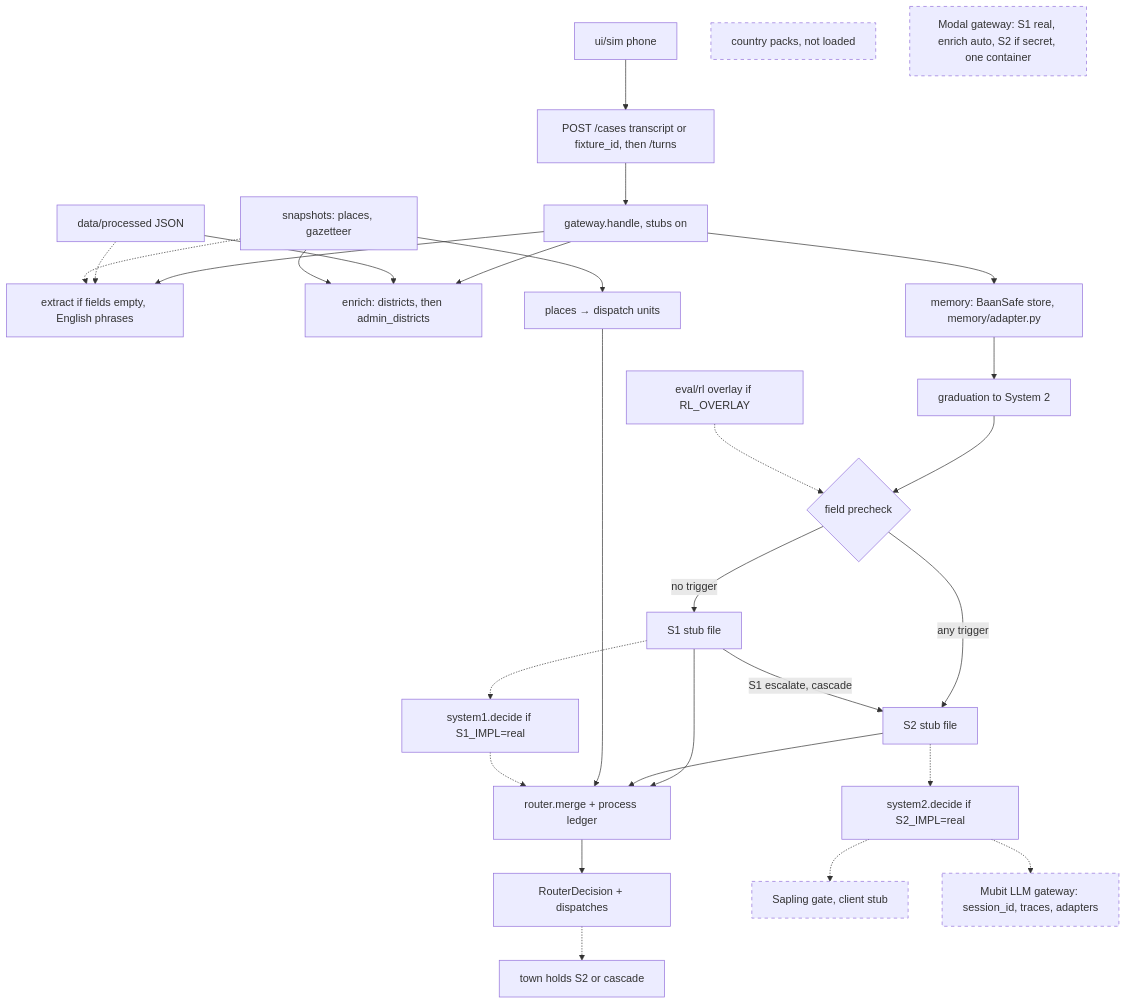
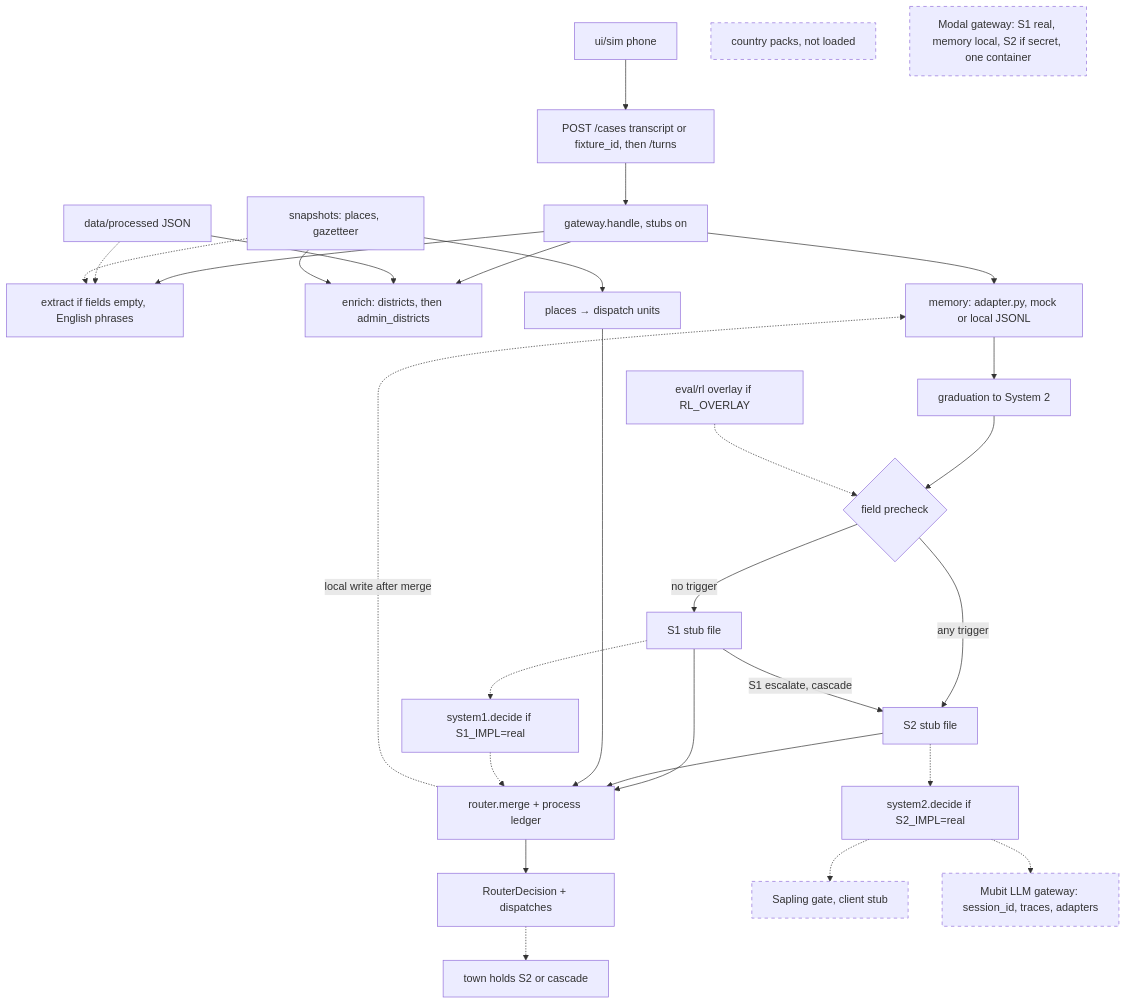
One commit to melaniepreen/Baan-Safe changed the first of 3 diagrams in BaanSafe_Revised_Architecture.md. Above: the diagram before and after it, drawn with Mermaid. The commit also changed other lines of this file and 2 other files, not shown here.

First line of the commit message:
docs: refresh architecture diagram (493855e)

````diff
--- a/BaanSafe_Revised_Architecture.md
+++ b/BaanSafe_Revised_Architecture.md
@@ -20,32 +20,33 @@
 ```mermaid
 flowchart TD
   classDef unwired stroke-dasharray: 5 5
   phone["ui/sim phone"] --> turns["POST /cases transcript or fixture_id, then /turns"]
   turns --> gw["gateway.handle, stubs on"]
   gw --> extract["extract if fields empty, English phrases"]
   gw --> enrich["enrich: districts, then admin_districts"]
-  gw --> mem["memory: BaanSafe store, memory/adapter.py"]
+  gw --> mem["memory: adapter.py, mock or local JSONL"]
   mem --> grad["graduation to System 2"]
   grad --> pick{"field precheck"}
   pick -->|no trigger| s1["S1 stub file"]
   pick -->|any trigger| s2["S2 stub file"]
   s1 -->|"S1 escalate, cascade"| s2
   ov["eval/rl overlay if RL_OVERLAY"] -.-> pick
   s1 --> merge["router.merge + process ledger"]
   s2 --> merge
+  merge -.->|"local write after merge"| mem
   snap["snapshots: places, gazetteer"] --> places["places → dispatch units"]
   places --> merge
   proc["data/processed JSON"] --> enrich
   proc -.-> extract
   snap -.-> extract
   snap --> enrich
   merge --> out["RouterDecision + dispatches"]
   out -.-> hold["town holds S2 or cascade"]
   s1 -.-> rules["system1.decide if S1_IMPL=real"]
   rules -.-> merge
   s2 -.-> s2d["system2.decide if S2_IMPL=real"]
   s2d -.-> sap["Sapling gate, client stub"]:::unwired
   s2d -.-> llm["Mubit LLM gateway: session_id, traces, adapters"]:::unwired
   packs["country packs, not loaded"]:::unwired
-  modal["Modal gateway: S1 real, enrich auto, S2 if secret, one container"]:::unwired
+  modal["Modal gateway: S1 real, memory local, S2 if secret, one container"]:::unwired
 ```
````
